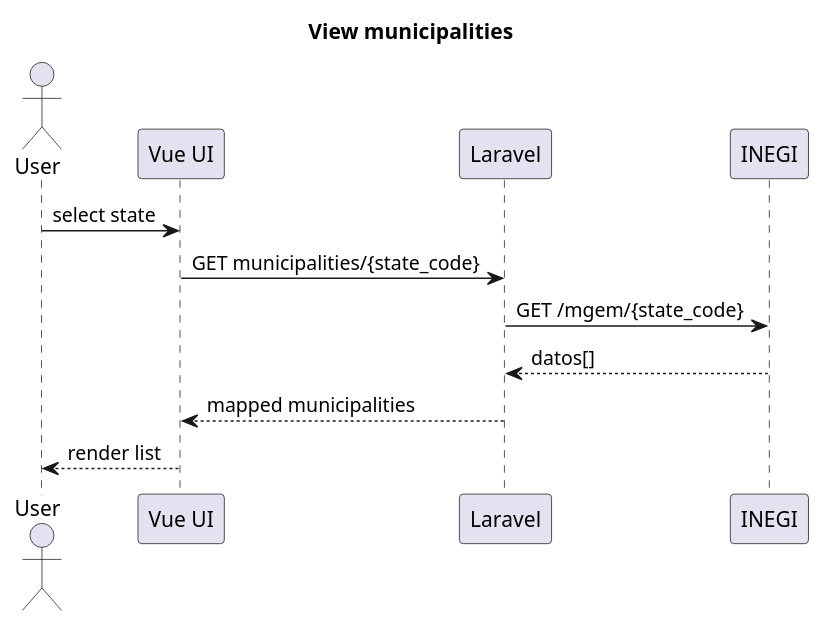
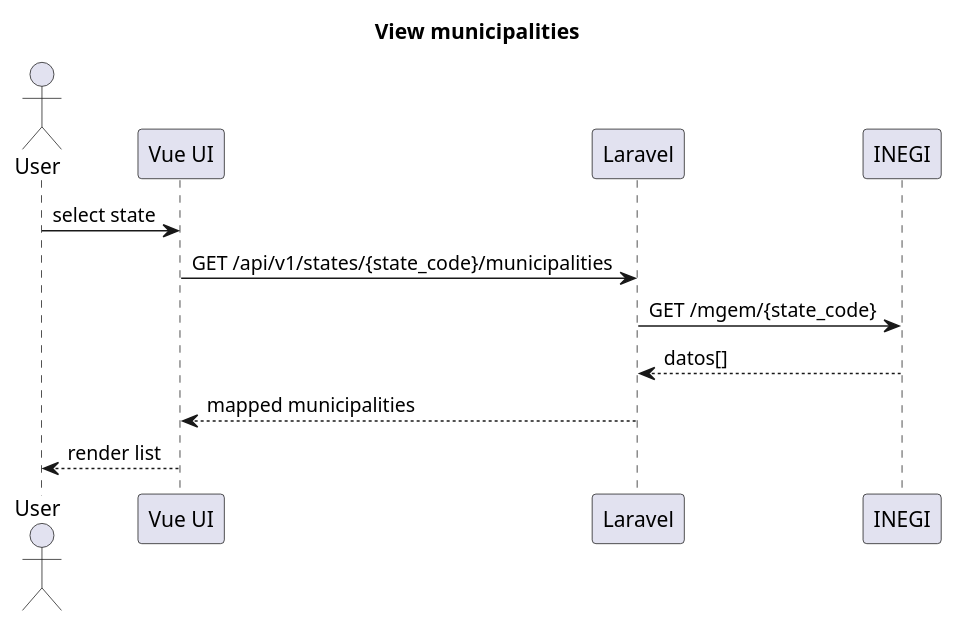
One commit to gdpe-franco/geostatistical-keys changed the fourth of 4 diagrams in docs/architecture.md. Above: the diagram before and after it, drawn with PlantUML. The commit also changed other lines of this file and 9 other files, not shown here.

````diff
--- a/docs/architecture.md
+++ b/docs/architecture.md
@@ -67,16 +67,16 @@
 ```plantuml
 @startuml
 title View municipalities
 actor User
 participant "Vue UI" as ui
 participant "Laravel" as app
 participant "INEGI" as inegi
 
 User -> ui : select state
-ui -> app : GET municipalities/{state_code}
+ui -> app : GET /api/v1/states/{state_code}/municipalities
 app -> inegi : GET /mgem/{state_code}
 inegi --> app : datos[]
 app --> ui : mapped municipalities
 ui --> User : render list
 @enduml
 ```
````
